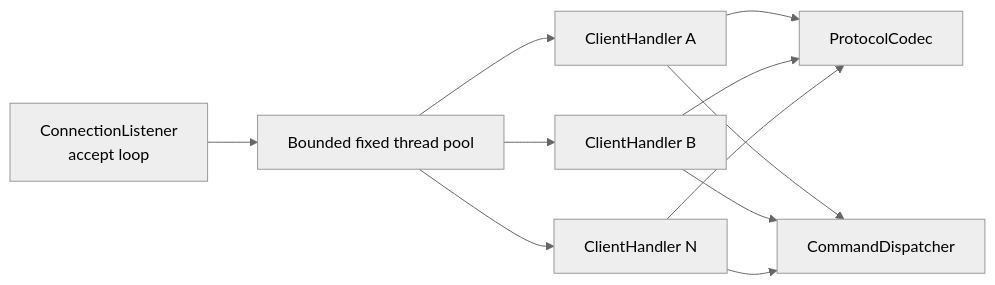
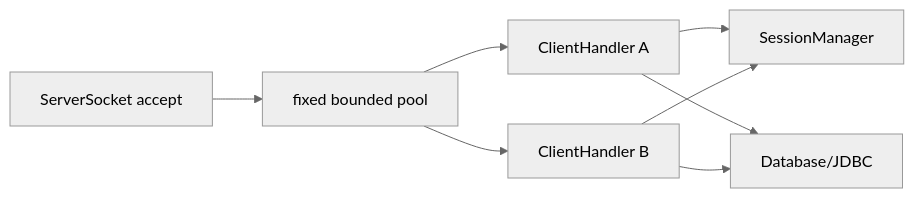
The second of 5 diagrams in docs/architecture.md (HuangMingo/BTL-LTM), drawn with Mermaid (neutral theme) before and after one commit. The commit also changed other lines of this file and 31 other files, not shown here.

````diff
--- a/docs/architecture.md
+++ b/docs/architecture.md
@@ -29,13 +32,10 @@
 ```mermaid
 graph LR
-    L["ConnectionListener<br/>accept loop"] --> P["Bounded fixed thread pool"]
-    P --> H1["ClientHandler A"]
-    P --> H2["ClientHandler B"]
-    P --> HN["ClientHandler N"]
-    H1 --> C["ProtocolCodec"]
-    H2 --> C
-    HN --> C
-    H1 --> D["CommandDispatcher"]
-    H2 --> D
-    HN --> D
+    A[ServerSocket accept] --> P[fixed bounded pool]
+    P --> H1[ClientHandler A]
+    P --> H2[ClientHandler B]
+    H1 --> SM[SessionManager]
+    H2 --> SM
+    H1 --> DB[Database/JDBC]
+    H2 --> DB
 ```
````
